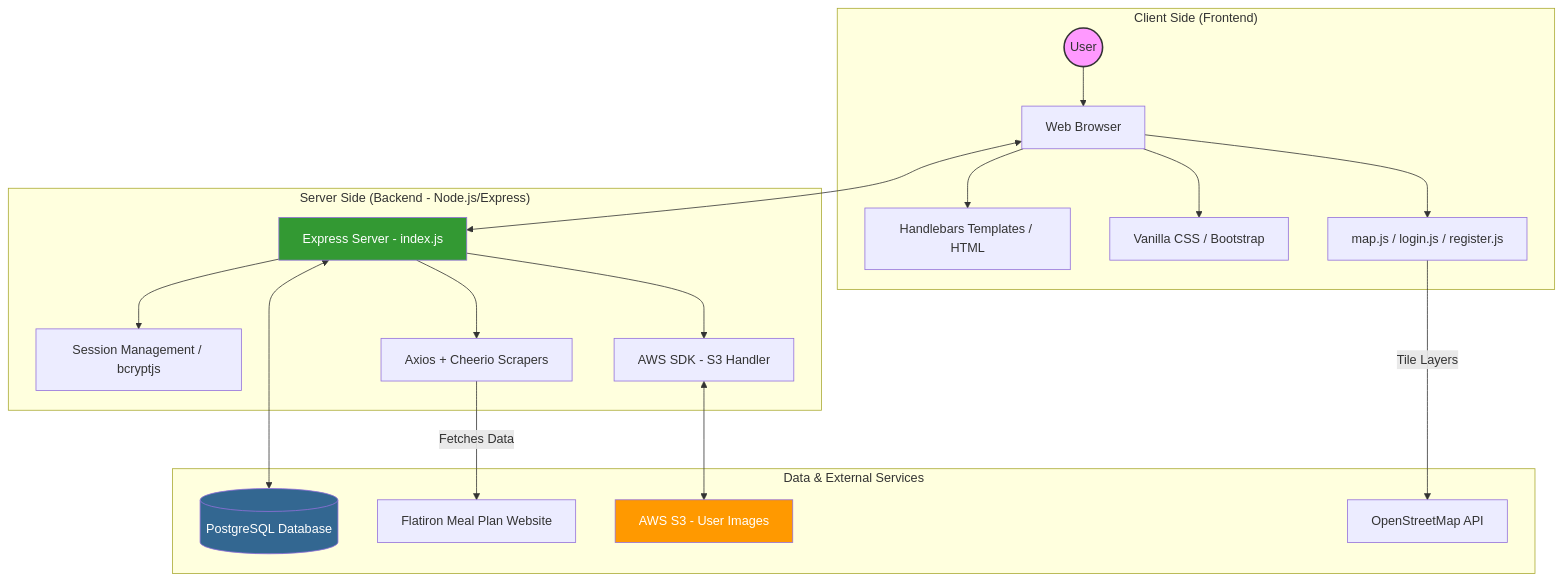
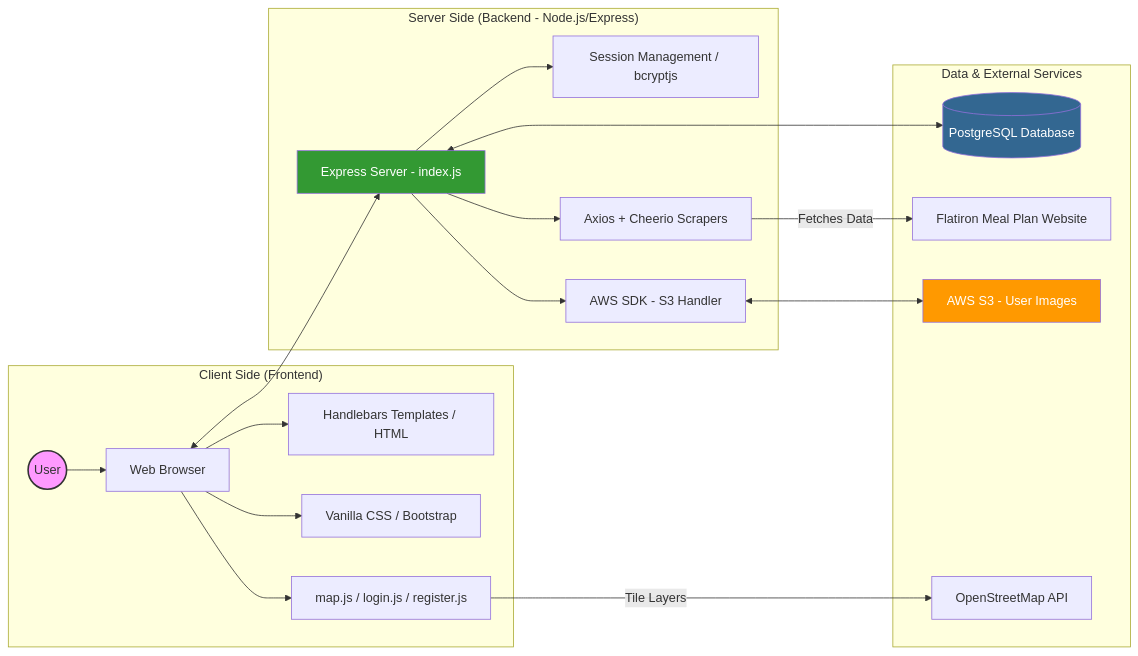
The diagram in MilestoneSubmissions/ArchitectureDiagram.md (mrnobody978/Flatirons-Meal-Plan-Map), drawn with Mermaid before and after one commit.

Commit message:
updated diagram

````diff
--- a/MilestoneSubmissions/ArchitectureDiagram.md
+++ b/MilestoneSubmissions/ArchitectureDiagram.md
@@ -5,29 +5,29 @@
 ```mermaid
-graph TD
+graph LR
     subgraph "Client Side (Frontend)"
         User((User)) --> Browser[Web Browser]
         Browser --> Pages[Handlebars Templates / HTML]
         Browser --> CSS[Vanilla CSS / Bootstrap]
         Browser --> ClientJS[map.js / login.js / register.js]
     end
 
     subgraph "Server Side (Backend - Node.js/Express)"
         Browser <--> Express[Express Server - index.js]
         Express --> Auth[Session Management / bcryptjs]
         Express --> Scraper[Axios + Cheerio Scrapers]
         Express --> AWS_SDK[AWS SDK - S3 Handler]
     end
 
     subgraph "Data & External Services"
         Express <--> Postgres[(PostgreSQL Database)]
         Scraper -- Fetches Data --> FlatironSite[Flatiron Meal Plan Website]
         AWS_SDK <--> S3[AWS S3 - User Images]
         ClientJS -- Tile Layers --> OSM[OpenStreetMap API]
     end
 
     %% Styling
     style User fill:#f9f,stroke:#333,stroke-width:2px
     style Postgres fill:#336791,color:#fff
     style Express fill:#339933,color:#fff
     style S3 fill:#FF9900,color:#fff
 ```
````
